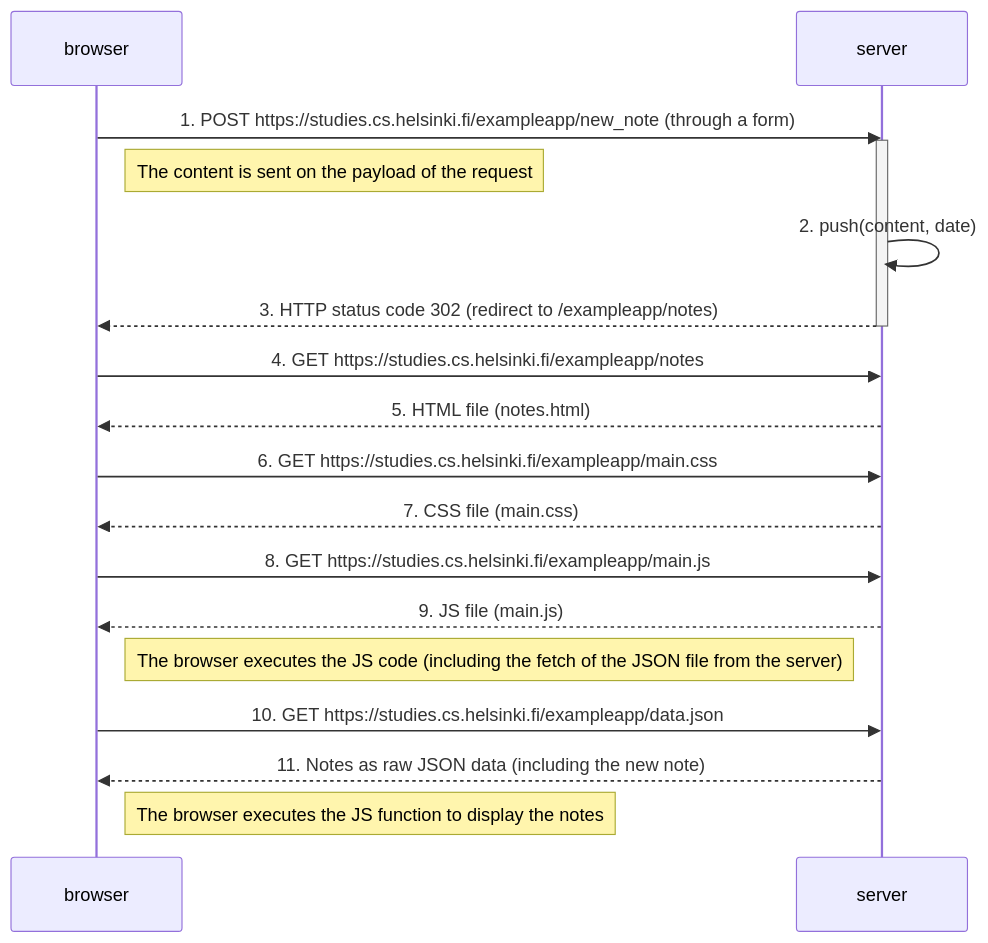
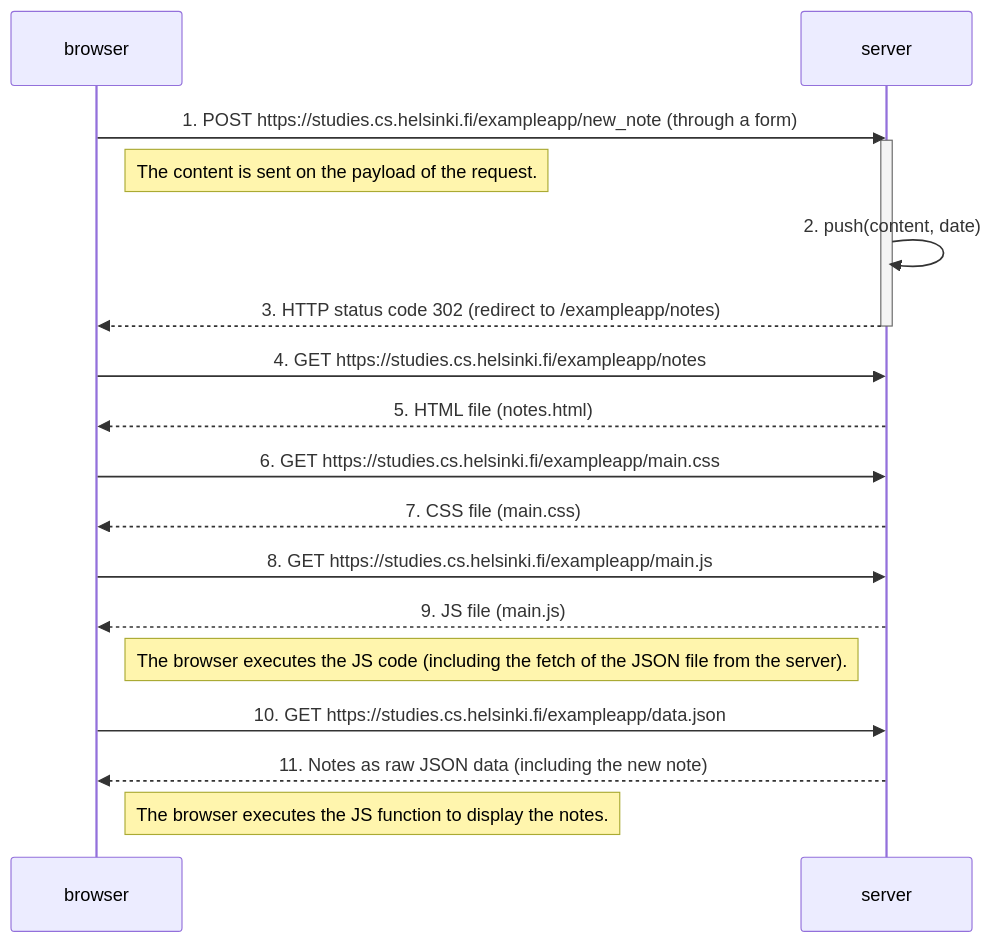
Before and after one commit to martin-men/FullStackOpen: the diagram in part0/0.4-New note diagram.md, drawn with Mermaid. The commit also changed 1 other file, not shown here.

Commit message:
Part 0 - Exercise 0.5: Single page app diagram

````diff
--- a/part0/0.4-New note diagram.md
+++ b/part0/0.4-New note diagram.md
@@ -1,37 +1,35 @@
 ```mermaid
 sequenceDiagram
     participant browser
     participant server
 
     browser->>server: 1. POST https://studies.cs.helsinki.fi/exampleapp/new_note (through a form)
 
     activate server
-
-    Note right of browser: The content is sent on the payload of the request
+        Note right of browser: The content is sent on the payload of the request.
     
-    server->>server: 2. push(content, date)
+        server->>server: 2. push(content, date)
     
-    server-->>browser: 3. HTTP status code 302 (redirect to /exampleapp/notes)
-    
+        server-->>browser: 3. HTTP status code 302 (redirect to /exampleapp/notes)
     deactivate server
 
     browser->>server: 4. GET https://studies.cs.helsinki.fi/exampleapp/notes
     
     server-->>browser: 5. HTML file (notes.html)
 
     browser->>server: 6. GET https://studies.cs.helsinki.fi/exampleapp/main.css
 
     server-->>browser: 7. CSS file (main.css)
 
     browser->>server: 8. GET https://studies.cs.helsinki.fi/exampleapp/main.js
 
     server-->>browser: 9. JS file (main.js)
 
-    Note right of browser: The browser executes the JS code (including the fetch of the JSON file from the server)
+    Note right of browser: The browser executes the JS code (including the fetch of the JSON file from the server).
 
     browser->>server: 10. GET https://studies.cs.helsinki.fi/exampleapp/data.json
 
     server-->>browser: 11. Notes as raw JSON data (including the new note)
 
-    Note right of browser: The browser executes the JS function to display the notes
+    Note right of browser: The browser executes the JS function to display the notes.
 ```
````
